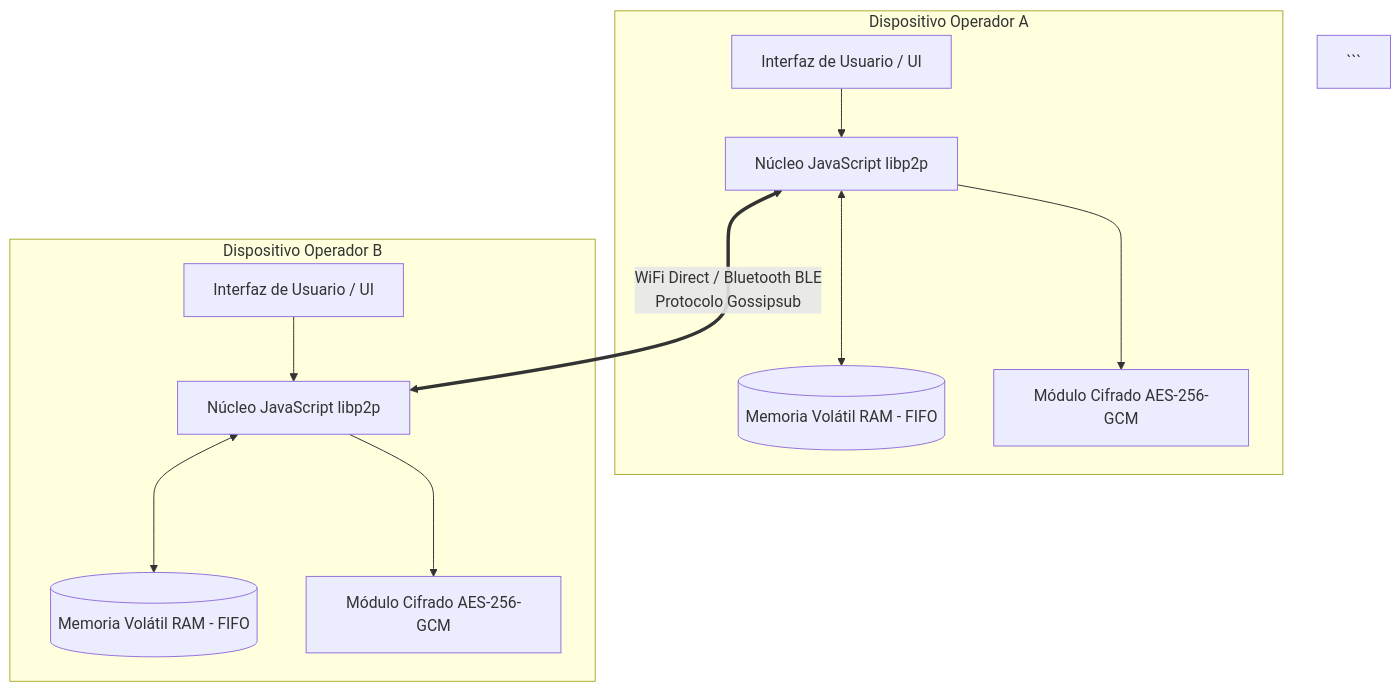
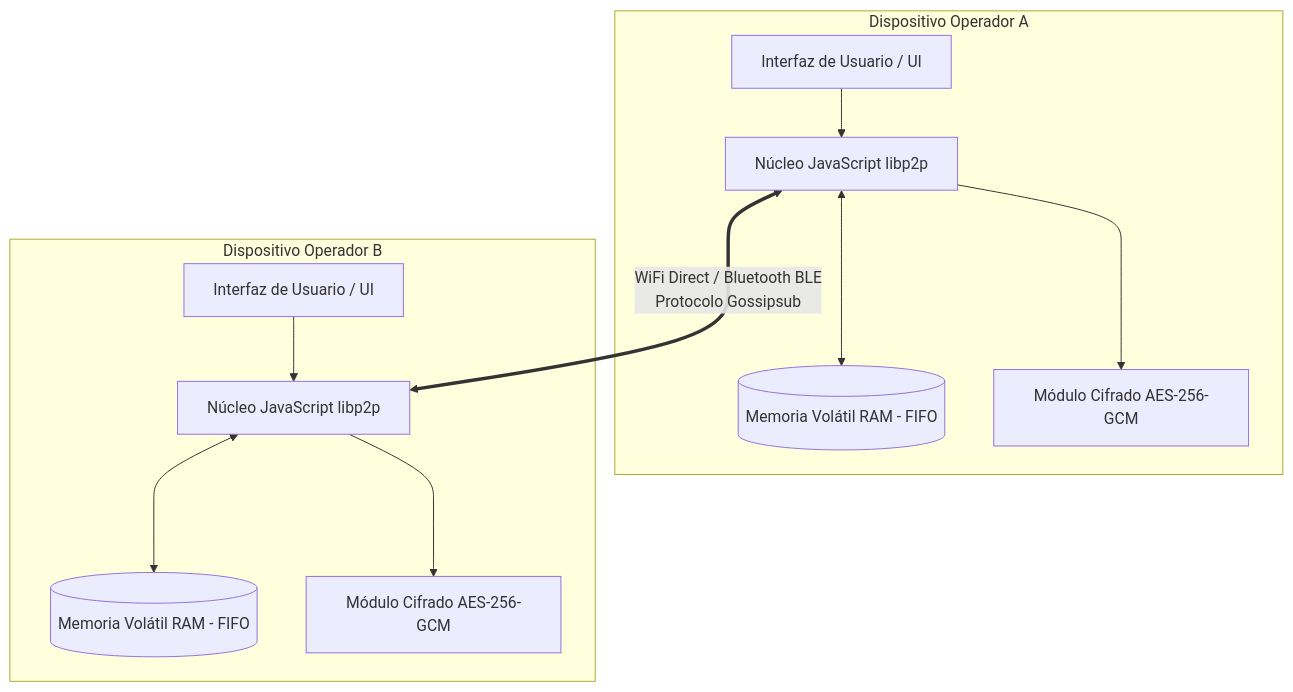
One commit to Wile420/SISTEMA-P2P changed the first of 6 diagrams in README.md. Above: the diagram before and after it, drawn with Mermaid. The commit also changed other lines of this file, not shown here.

Commit message:
docs: rediseñar arquitectura en markdown usando mermaid y agregar guia de instalacion local

````diff
--- a/README.md
+++ b/README.md
@@ -45,28 +45,27 @@
 ```mermaid
 graph TD
     subgraph Nodo_Militar_A [Dispositivo Operador A]
         UI_A[Interfaz de Usuario / UI]
         Mem_A[(Memoria Volátil RAM - FIFO)]
         Core_A[Núcleo JavaScript libp2p]
         Crypto_A[Módulo Cifrado AES-256-GCM]
     end
 
     subgraph Nodo_Militar_B [Dispositivo Operador B]
         UI_B[Interfaz de Usuario / UI]
         Mem_B[(Memoria Volátil RAM - FIFO)]
         Core_B[Núcleo JavaScript libp2p]
         Crypto_B[Módulo Cifrado AES-256-GCM]
     end
 
     UI_A --> Core_A
     Core_A <---> Mem_A
     Core_A ---> Crypto_A
     
     UI_B --> Core_B
     Core_B <---> Mem_B
     Core_B ---> Crypto_B
 
     %% Conexión Ad-Hoc / P2P
     Core_A <===> |WiFi Direct / Bluetooth BLE <br> Protocolo Gossipsub| Core_B
-    ```
 ```
````
